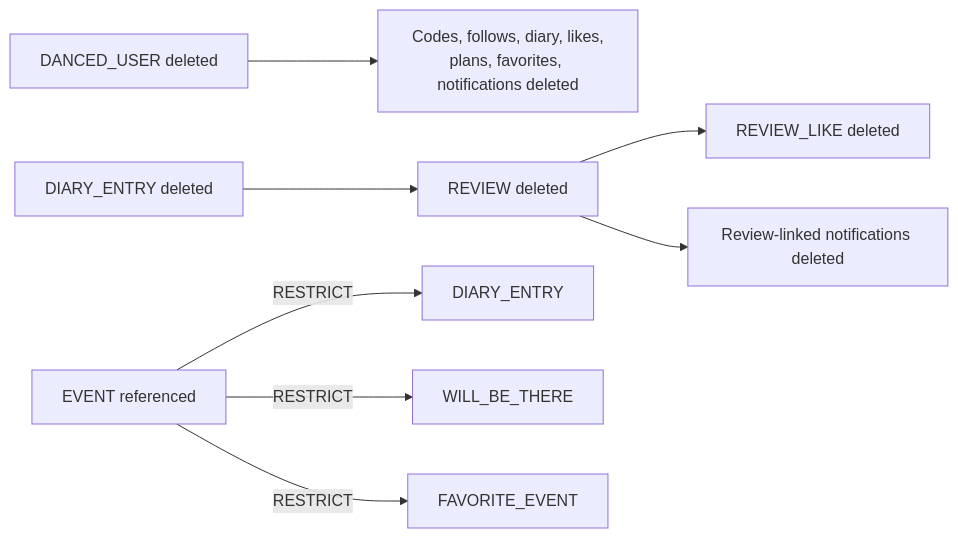
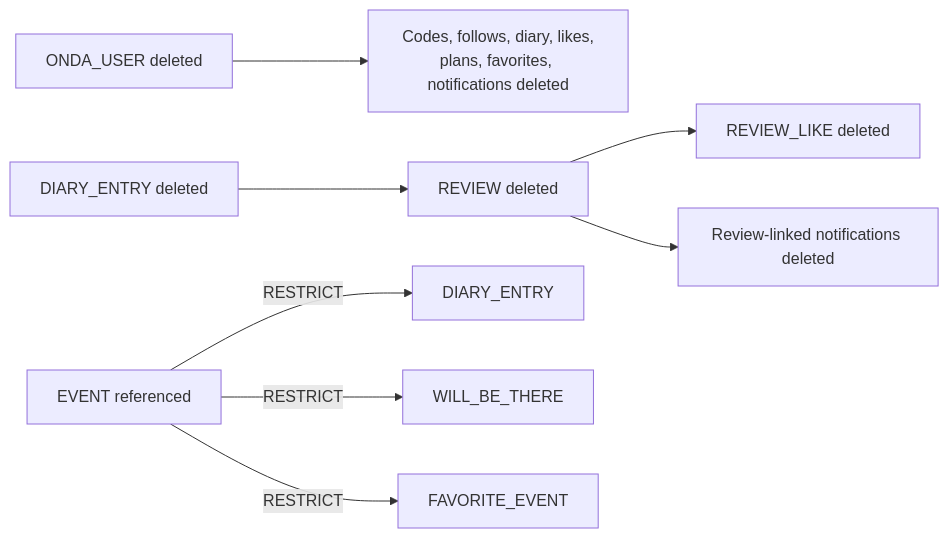
One commit to tanbaydar/onda changed the seventh of 7 diagrams in docs/DATABASE.md. Above: the diagram before and after it, drawn with Mermaid. The commit also changed other lines of this file and 201 other files, not shown here.

````diff
--- a/docs/DATABASE.md
+++ b/docs/DATABASE.md
@@ -413,11 +415,11 @@
 ```mermaid
 flowchart LR
-    User[DANCED_USER deleted] --> Owned[Codes, follows, diary, likes,<br/>plans, favorites, notifications deleted]
+    User[ONDA_USER deleted] --> Owned[Codes, follows, diary, likes,<br/>plans, favorites, notifications deleted]
     Diary[DIARY_ENTRY deleted] --> Review[REVIEW deleted]
     Review --> Likes[REVIEW_LIKE deleted]
     Review --> ReviewNotif[Review-linked notifications deleted]
 
     Event[EVENT referenced] -->|RESTRICT| DiaryKeep[DIARY_ENTRY]
     Event -->|RESTRICT| PlanKeep[WILL_BE_THERE]
     Event -->|RESTRICT| FavKeep[FAVORITE_EVENT]
 ```
````
